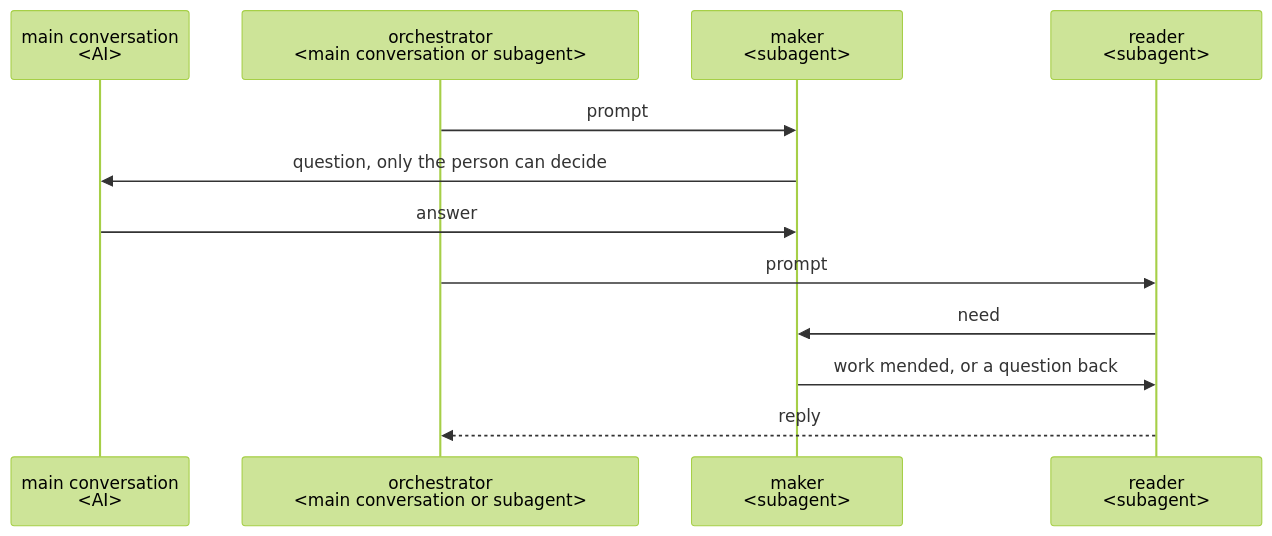
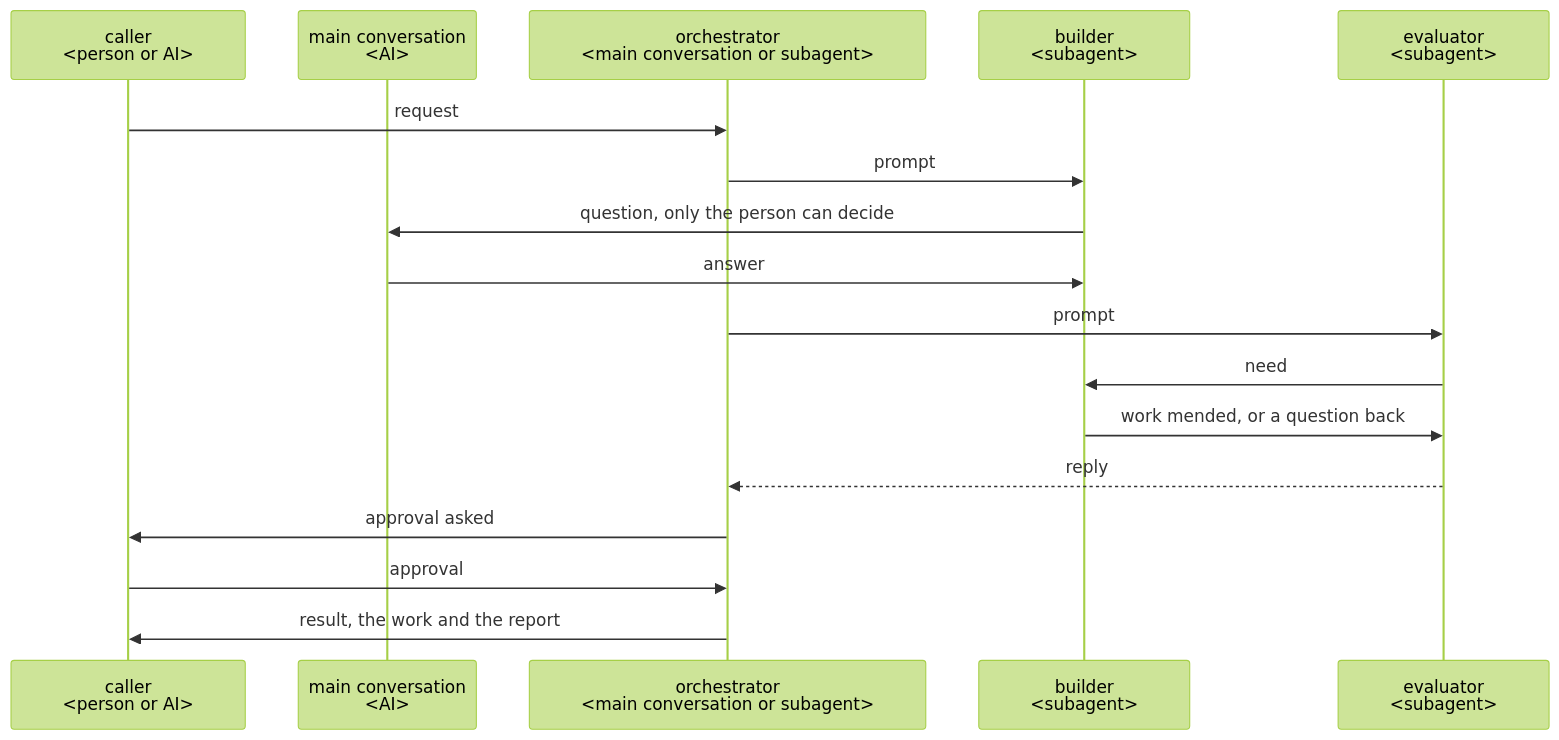
One commit to lovaizu/ccpm changed the diagram in dev/plugin-best-practice.md. Above: the diagram before and after it, drawn with Mermaid (forest theme). The commit also changed other lines of this file and 5 other files, not shown here.

````diff
--- a/dev/plugin-best-practice.md
+++ b/dev/plugin-best-practice.md
@@ -63,14 +67,19 @@
 ```mermaid
 sequenceDiagram
+  participant C as caller<br/>#lt;person or AI#gt;
   participant M as main conversation<br/>#lt;AI#gt;
   participant O as orchestrator<br/>#lt;main conversation or subagent#gt;
-  participant G as maker<br/>#lt;subagent#gt;
-  participant R as reader<br/>#lt;subagent#gt;
+  participant G as builder<br/>#lt;subagent#gt;
+  participant R as evaluator<br/>#lt;subagent#gt;
+  C->>O: request
   O->>G: prompt
   G->>M: question, only the person can decide
   M->>G: answer
   O->>R: prompt
   R->>G: need
   G->>R: work mended, or a question back
   R-->>O: reply
+  O->>C: approval asked
+  C->>O: approval
+  O->>C: result, the work and the report
 ```
````
